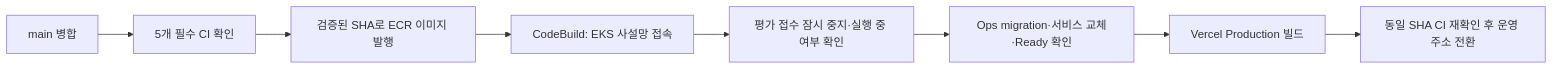
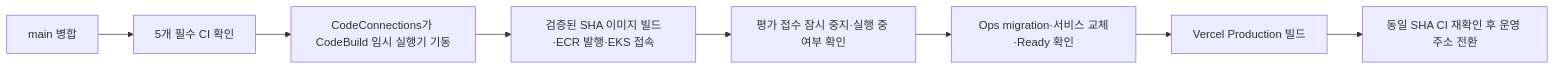
The diagram in infrastructure/eks/continuous-deployment.md (20220348-kim/SKN34-4th-1Team), drawn with Mermaid before and after one commit. The commit also changed other lines of this file and 7 other files, not shown here.

Commit message:
기능: CodeBuild 실행기로 EKS와 Vercel 자동 배포 연결

````diff
--- a/infrastructure/eks/continuous-deployment.md
+++ b/infrastructure/eks/continuous-deployment.md
@@ -28,10 +43,10 @@
 ```mermaid
 flowchart LR
     A[main 병합] --> B[5개 필수 CI 확인]
-    B --> C[검증된 SHA로 ECR 이미지 발행]
-    C --> D[CodeBuild: EKS 사설망 접속]
+    B --> C[CodeConnections가 CodeBuild 임시 실행기 기동]
+    C --> D[검증된 SHA 이미지 빌드·ECR 발행·EKS 접속]
     D --> E[평가 접수 잠시 중지·실행 중 여부 확인]
     E --> F[Ops migration·서비스 교체·Ready 확인]
     F --> G[Vercel Production 빌드]
     G --> H[동일 SHA CI 재확인 후 운영 주소 전환]
 ```
````
